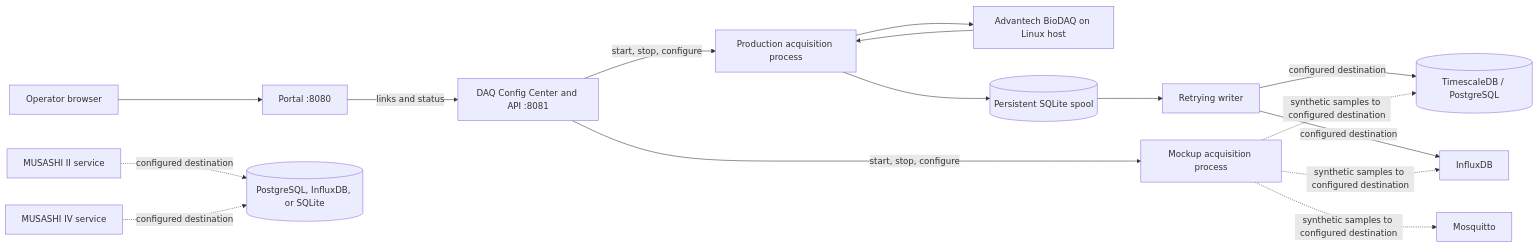
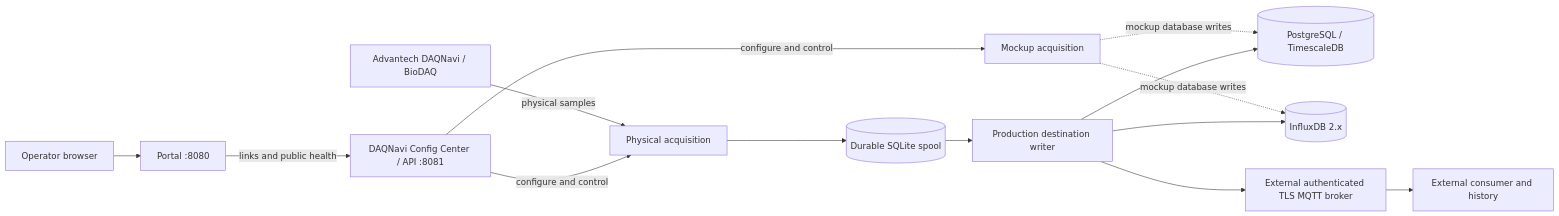
The diagram in README.md (Faiisu/DAQNavi-data-forwarder), drawn with Mermaid before and after one commit. The commit also changed other lines of this file and 50 other files, not shown here.

Commit message:
Complete production MQTT destination delivery

````diff
--- a/README.md
+++ b/README.md
@@ -73,18 +57,16 @@
 ```mermaid
 flowchart LR
-    Browser[Operator browser] --> Portal[Portal :8080]
-    Portal -->|links and status| Web[DAQ Config Center and API :8081]
-    Web -->|start, stop, configure| Production[Production acquisition process]
-    Web -->|start, stop, configure| Mockup[Mockup acquisition process]
-    Production --> SDK[Advantech BioDAQ on Linux host]
-    SDK --> Production
-    Production --> Spool[(Persistent SQLite spool)]
-    Spool --> Writer[Retrying writer]
-    Writer -->|configured destination| PG[(TimescaleDB / PostgreSQL)]
-    Writer -->|configured destination| Influx[InfluxDB]
-    Mockup -. synthetic samples to configured destination .-> PG
-    Mockup -. synthetic samples to configured destination .-> MQTT[Mosquitto]
-    Mockup -. synthetic samples to configured destination .-> Influx
-    MusashiII[MUSASHI II service] -. configured destination .-> Storage[(PostgreSQL, InfluxDB, or SQLite)]
-    MusashiIV[MUSASHI IV service] -. configured destination .-> Storage
+    Operator[Operator browser] --> Portal[Portal :8080]
+    Portal -->|links and public health| Web[DAQNavi Config Center / API :8081]
+    Web -->|configure and control| Production[Physical acquisition]
+    Web -->|configure and control| Mockup[Mockup acquisition]
+    Hardware[Advantech DAQNavi / BioDAQ] -->|physical samples| Production
+    Production --> Spool[(Durable SQLite spool)]
+    Spool --> Writer[Production destination writer]
+    Writer --> PG[(PostgreSQL / TimescaleDB)]
+    Writer --> Influx[(InfluxDB 2.x)]
+    Writer --> Broker[External authenticated TLS MQTT broker]
+    Broker --> Consumer[External consumer and history]
+    Mockup -. mockup database writes .-> PG
+    Mockup -. mockup database writes .-> Influx
 ```
````
